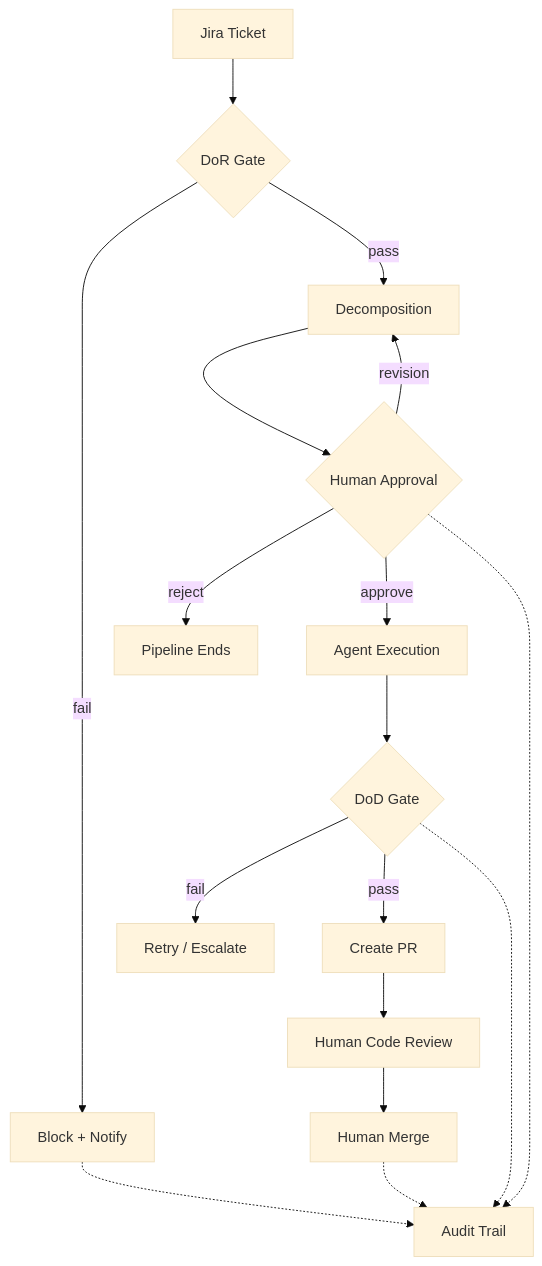
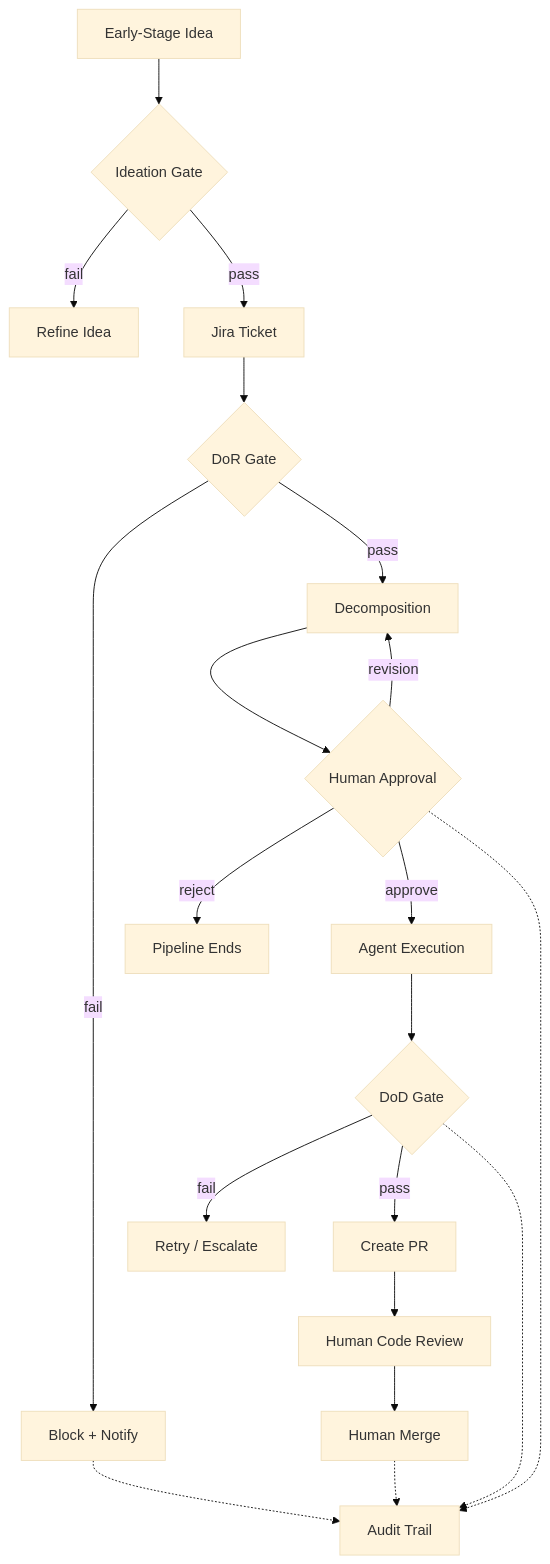
One commit to Belvainc/Belva-GEN changed the first of 2 diagrams in docs/architecture/governance-model.md. Above: the diagram before and after it, drawn with Mermaid (base theme). The commit also changed other lines of this file and 8 other files, not shown here.

First line of the commit message:
Add comprehensive documentation for integrations, multi-project architecture, and deployment

````diff
--- a/docs/architecture/governance-model.md
+++ b/docs/architecture/governance-model.md
@@ -16,20 +17,23 @@
 ```mermaid
 flowchart TD
-    Ticket["Jira Ticket"] --> DoR{"DoR Gate"}
+    Idea["Early-Stage Idea"] --> Ideation{"Ideation Gate"}
+    Ideation -- "fail" --> Refine["Refine Idea"]
+    Ideation -- "pass" --> Ticket["Jira Ticket"]
+    Ticket --> DoR{"DoR Gate"}
     DoR -- "fail" --> Block["Block + Notify"]
     DoR -- "pass" --> Plan["Decomposition"]
     Plan --> Approval{"Human Approval"}
     Approval -- "reject" --> End["Pipeline Ends"]
     Approval -- "revision" --> Plan
     Approval -- "approve" --> Execute["Agent Execution"]
     Execute --> DoD{"DoD Gate"}
     DoD -- "fail" --> Retry["Retry / Escalate"]
     DoD -- "pass" --> PR["Create PR"]
     PR --> HumanReview["Human Code Review"]
     HumanReview --> Merge["Human Merge"]
 
     Block -.-> Audit["Audit Trail"]
     Approval -.-> Audit
     DoD -.-> Audit
     Merge -.-> Audit
 ```
````
